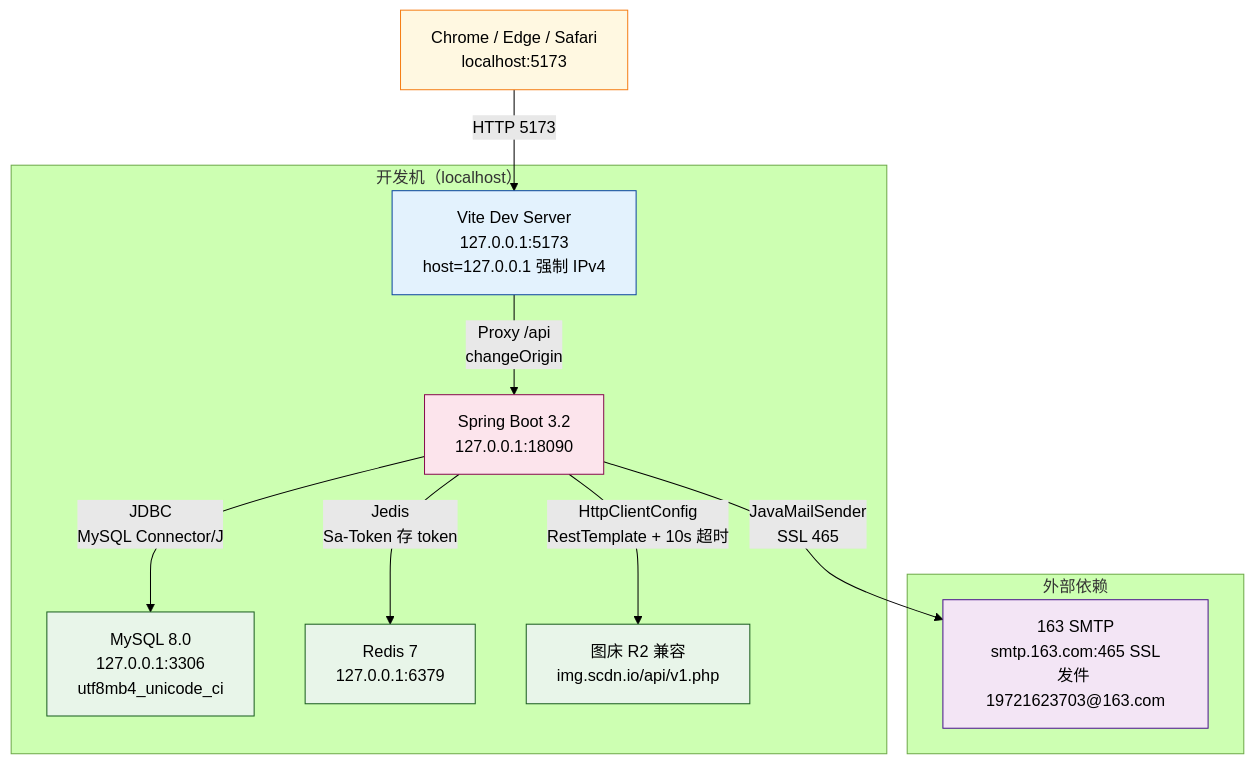
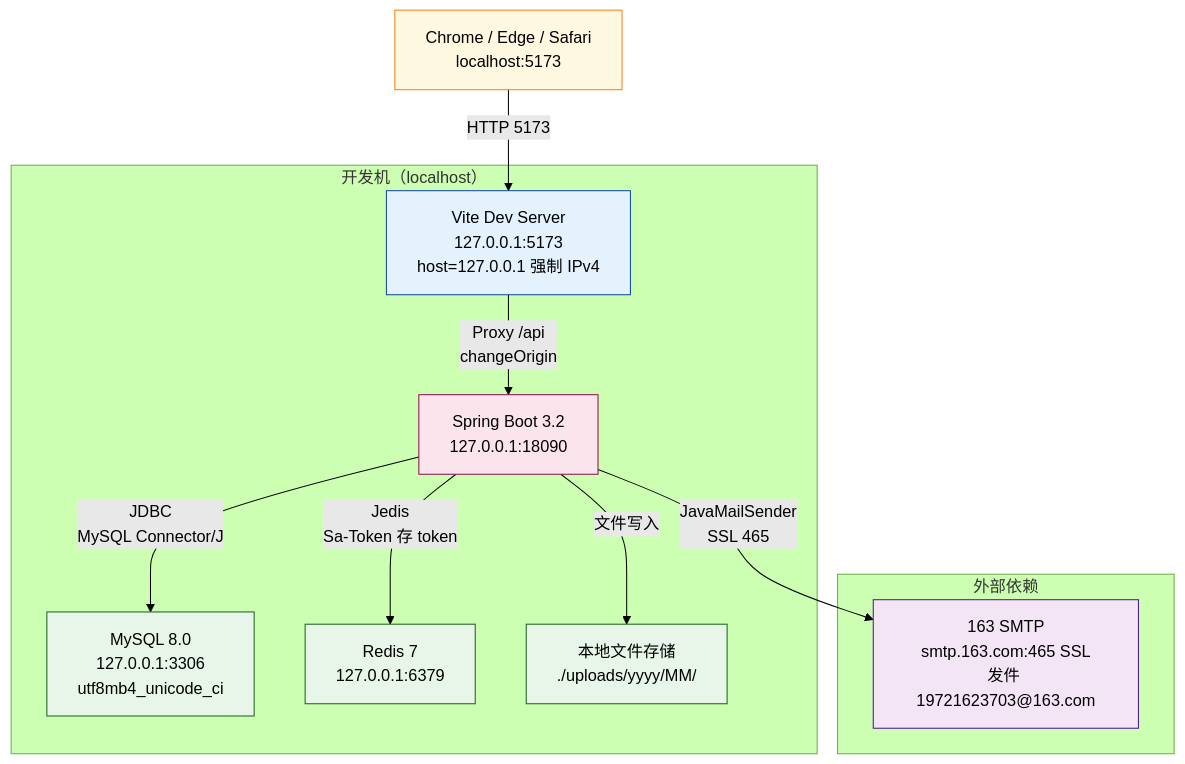
The seventh of 30 diagrams in docs/项目图表.md (zwj-3193655211/campus-LostandFound), drawn with Mermaid (forest theme) before and after one commit. The commit also changed other lines of this file and 16 other files, not shown here.

Commit message:
feat: 迁移图片存储从远程图床到本地文件系统

````diff
--- a/docs/项目图表.md
+++ b/docs/项目图表.md
@@ -462,35 +462,35 @@
 ```mermaid
 graph TB
     Browser[Chrome / Edge / Safari<br/>localhost:5173]
 
     subgraph DevHost["开发机（localhost）"]
         ViteDev[Vite Dev Server<br/>127.0.0.1:5173<br/>host=127.0.0.1 强制 IPv4]
         SpringBoot[Spring Boot 3.2<br/>127.0.0.1:18090]
         MySQLProc[MySQL 8.0<br/>127.0.0.1:3306<br/>utf8mb4_unicode_ci]
         RedisProc[Redis 7<br/>127.0.0.1:6379]
-        ImageBed[图床 R2 兼容<br/>img.scdn.io/api/v1.php]
+        LocalStorage[本地文件存储<br/>./uploads/yyyy/MM/]
     end
 
     subgraph External["外部依赖"]
         SMTP[163 SMTP<br/>smtp.163.com:465 SSL<br/>发件 19721623703@163.com]
     end
 
     Browser -->|HTTP 5173| ViteDev
     ViteDev -->|Proxy /api<br/>changeOrigin| SpringBoot
     SpringBoot -->|JDBC<br/>MySQL Connector/J| MySQLProc
     SpringBoot -->|Jedis<br/>Sa-Token 存 token| RedisProc
-    SpringBoot -->|HttpClientConfig<br/>RestTemplate + 10s 超时| ImageBed
+    SpringBoot -->|文件写入| LocalStorage
     SpringBoot -->|JavaMailSender<br/>SSL 465| SMTP
 
     classDef browserCls fill:#fff8e1,stroke:#f57f17
     classDef feCls fill:#e3f2fd,stroke:#0d47a1
     classDef beCls fill:#fce4ec,stroke:#880e4f
     classDef dataCls fill:#e8f5e9,stroke:#1b5e20
     classDef extCls fill:#f3e5f5,stroke:#4a148c
 
     class Browser browserCls
     class ViteDev feCls
     class SpringBoot beCls
-    class MySQLProc,RedisProc,ImageBed dataCls
+    class MySQLProc,RedisProc,LocalStorage dataCls
     class SMTP extCls
 ```
````
